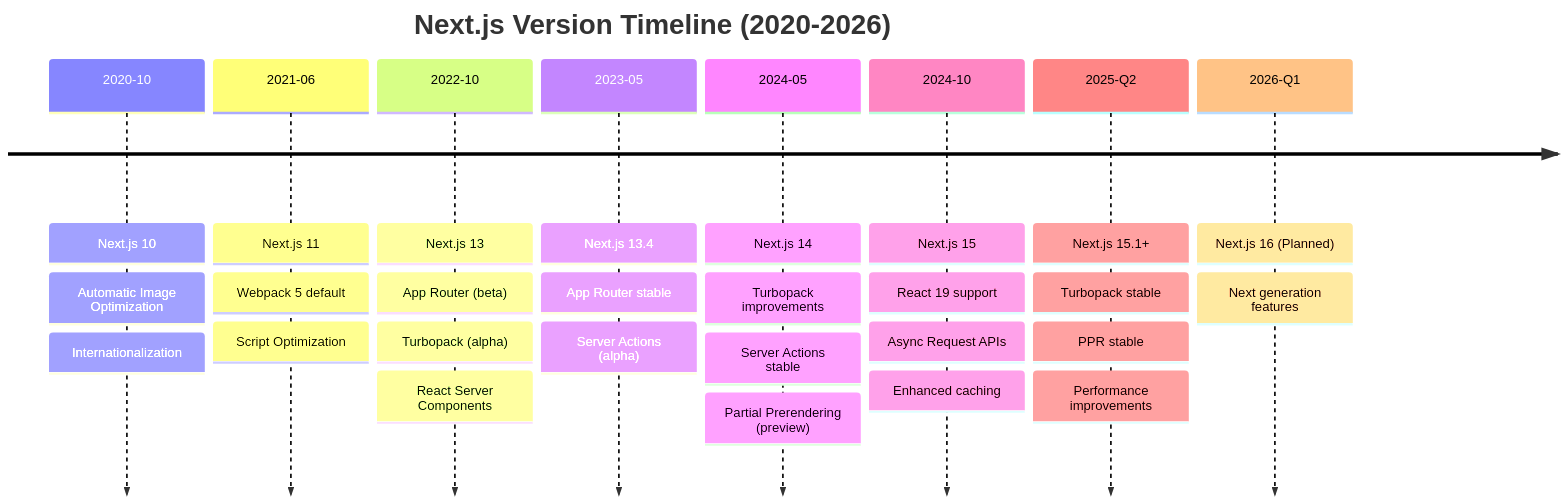
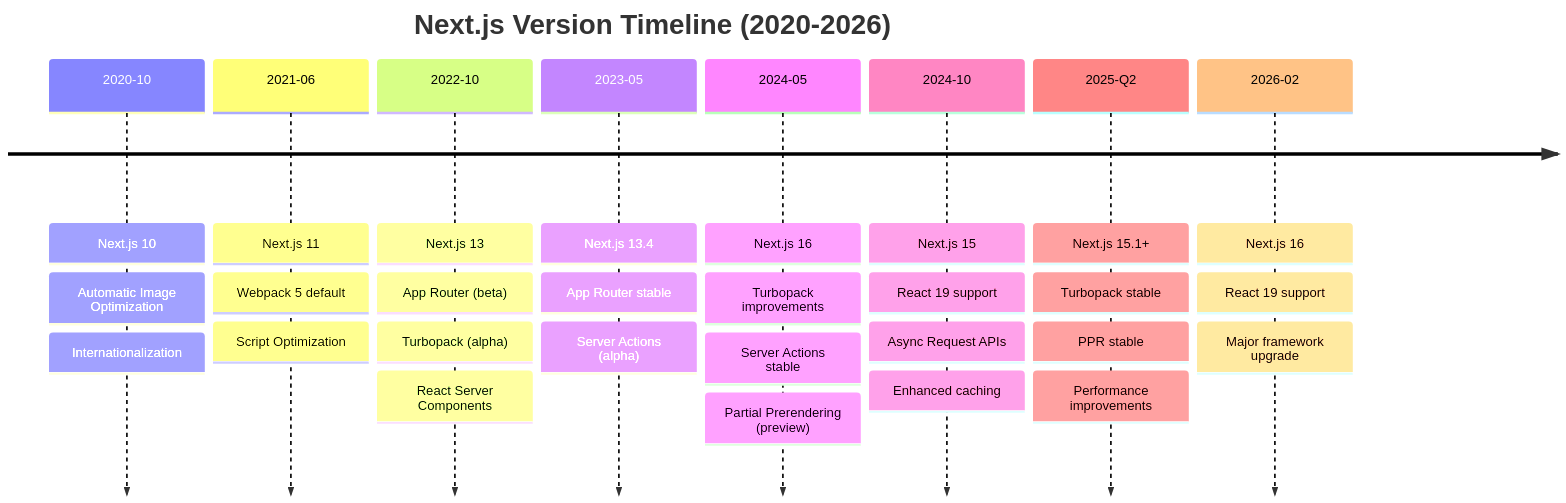
One commit to wahidyankf/open-sharia-enterprise changed the first of 2 diagrams in docs/explanation/software-engineering/platform-web/tools/fe-nextjs/README.md. Above: the diagram before and after it, drawn with Mermaid. The commit also changed other lines of this file and 66 other files, not shown here.

````diff
--- a/docs/explanation/software-engineering/platform-web/tools/fe-nextjs/README.md
+++ b/docs/explanation/software-engineering/platform-web/tools/fe-nextjs/README.md
@@ -117,15 +117,15 @@
 ```mermaid
 %% Color Palette: Blue #0173B2, Orange #DE8F05, Teal #029E73, Purple #CC78BC
 %% All colors are color-blind friendly and meet WCAG AA contrast standards
 
 timeline
     title Next.js Version Timeline (2020-2026)
     2020-10 : Next.js 10 : Automatic Image Optimization : Internationalization
     2021-06 : Next.js 11 : Webpack 5 default : Script Optimization
     2022-10 : Next.js 13 : App Router (beta) : Turbopack (alpha) : React Server Components
     2023-05 : Next.js 13.4 : App Router stable : Server Actions (alpha)
-    2024-05 : Next.js 14 : Turbopack improvements : Server Actions stable : Partial Prerendering (preview)
+    2024-05 : Next.js 16 : Turbopack improvements : Server Actions stable : Partial Prerendering (preview)
     2024-10 : Next.js 15 : React 19 support : Async Request APIs : Enhanced caching
     2025-Q2 : Next.js 15.1+ : Turbopack stable : PPR stable : Performance improvements
-    2026-Q1 : Next.js 16 (Planned) : Next generation features
+    2026-02 : Next.js 16 : React 19 support : Major framework upgrade
 ```
````
